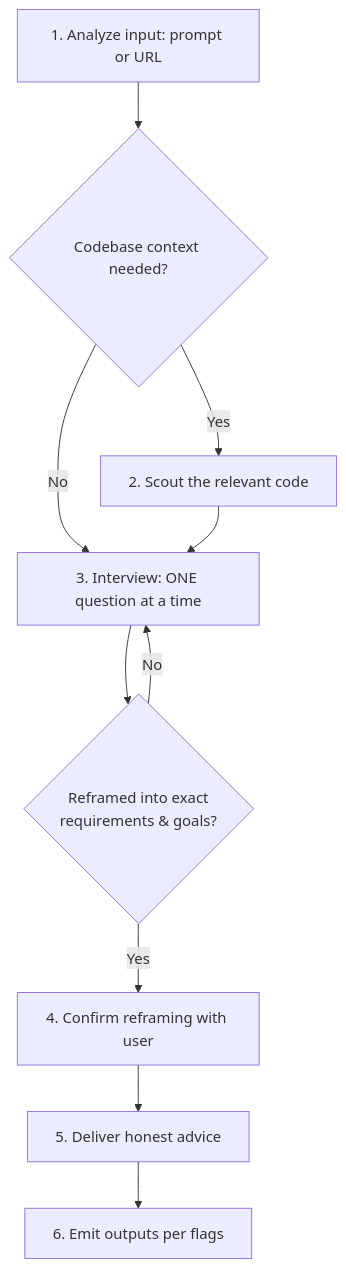
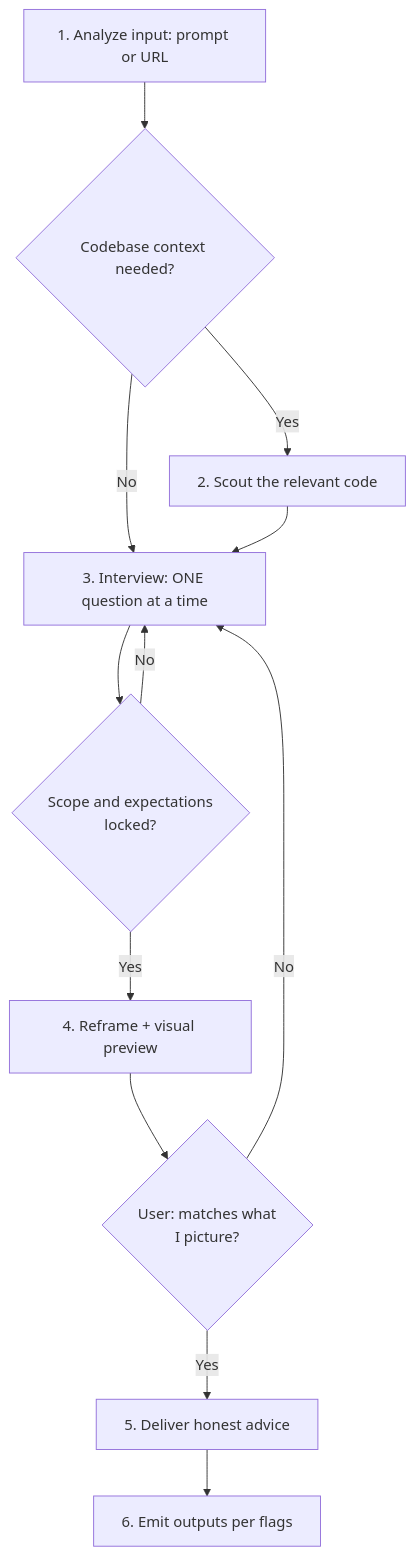
Before and after one commit to quanganh208/chatofy: the diagram in .claude/skills/ak-advise/SKILL.md, drawn with Mermaid. The commit also changed other lines of this file and 414 other files, not shown here.

````diff
--- a/.claude/skills/ak-advise/SKILL.md
+++ b/.claude/skills/ak-advise/SKILL.md
@@ -46,12 +46,14 @@
 ```mermaid
 flowchart TD
     A[1. Analyze input: prompt or URL] --> B{Codebase context needed?}
     B -->|Yes| C[2. Scout the relevant code]
     B -->|No| D
     C --> D[3. Interview: ONE question at a time]
-    D --> E{Reframed into exact<br/>requirements & goals?}
+    D --> E{Scope and expectations<br/>locked?}
     E -->|No| D
-    E -->|Yes| F[4. Confirm reframing with user]
-    F --> G[5. Deliver honest advice]
+    E -->|Yes| F[4. Reframe + visual preview]
+    F --> P{User: matches what<br/>I picture?}
+    P -->|No| D
+    P -->|Yes| G[5. Deliver honest advice]
     G --> H[6. Emit outputs per flags]
 ```
````
